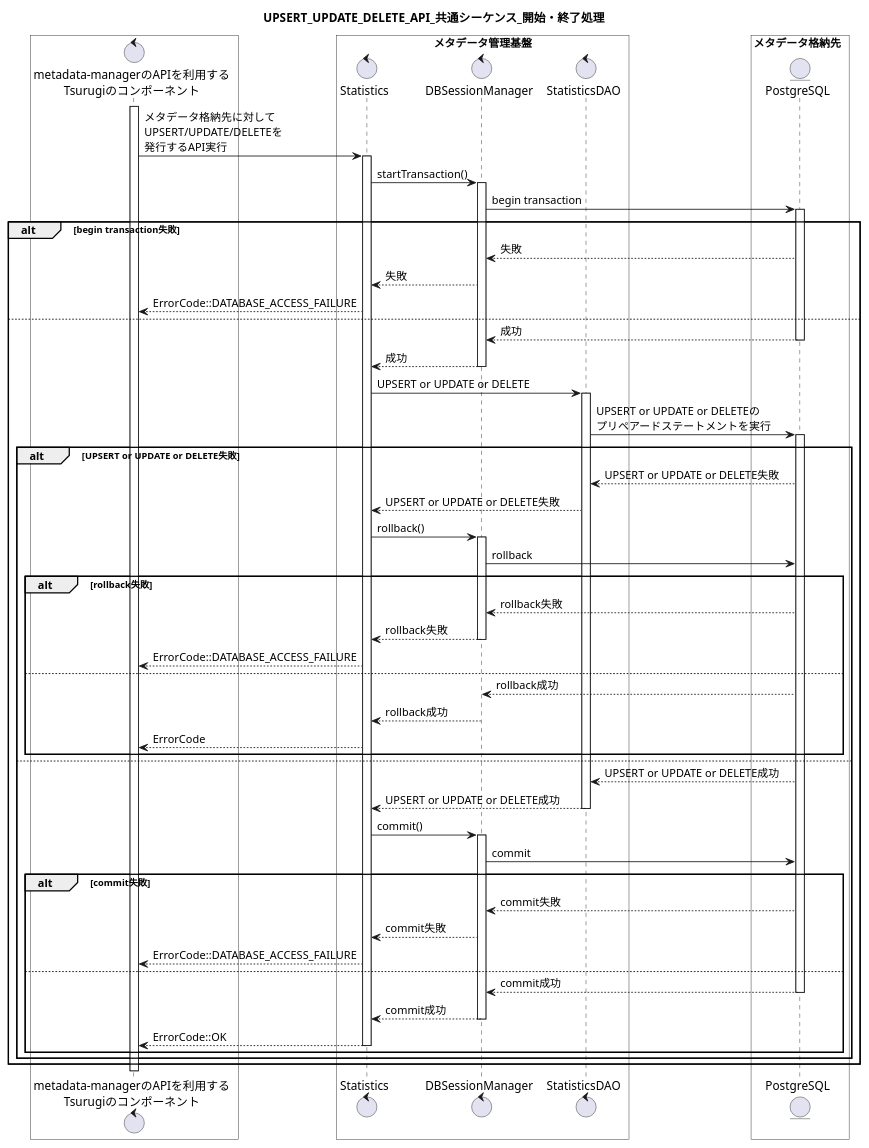
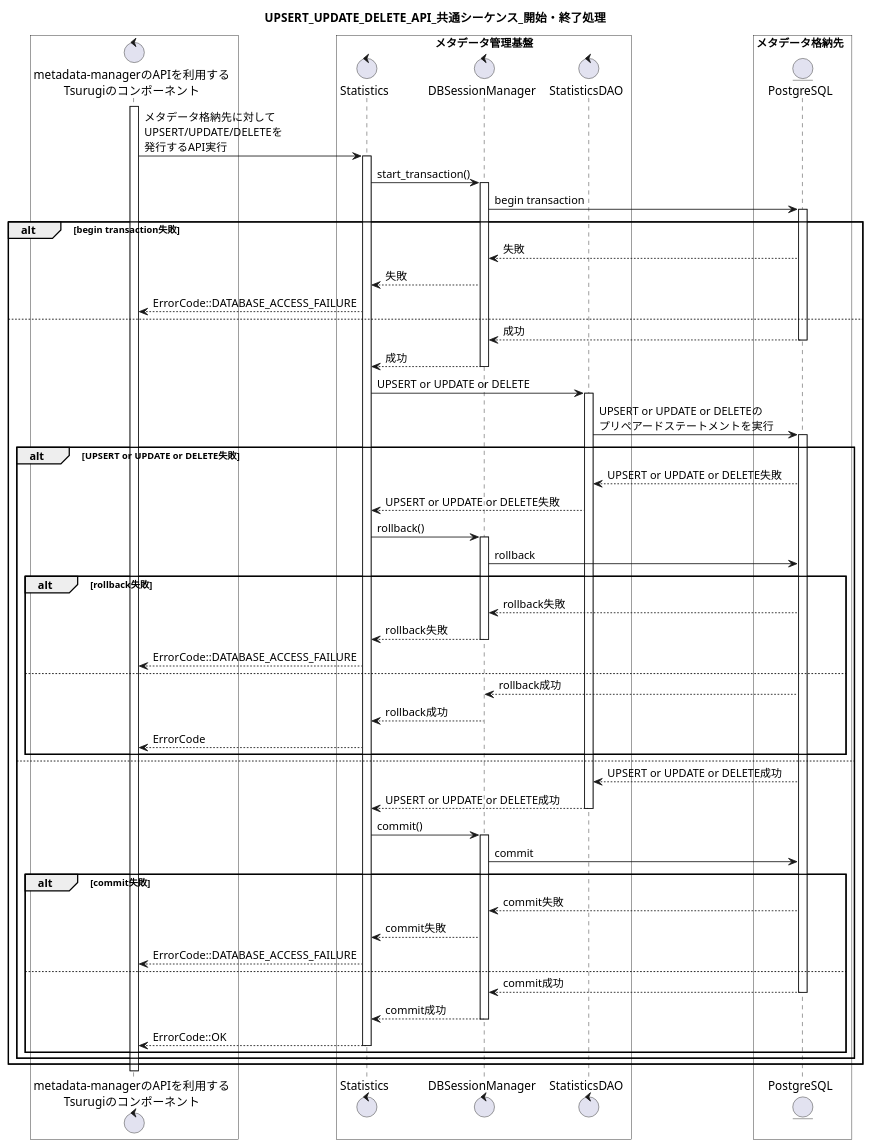
One commit to project-tsurugi/metadata-manager changed the third of 12 diagrams in metadata-manager/docs/statistic/02.FD/uml/SequenceDiagram_detail.pu. Above: the diagram before and after it, drawn with PlantUML. The commit also changed other lines of this file and 22 other files, not shown here.

```diff
--- a/metadata-manager/docs/statistic/02.FD/uml/SequenceDiagram_detail.pu
+++ b/metadata-manager/docs/statistic/02.FD/uml/SequenceDiagram_detail.pu
@@ -113,75 +113,75 @@
 @startuml
 title UPSERT_UPDATE_DELETE_API_共通シーケンス_開始・終了処理
 
 box #White
 control "metadata-managerのAPIを利用する\nTsurugiのコンポーネント" as ogawayama
 end box
 box "メタデータ管理基盤" #White
 control "Statistics" as Statistics
 control "DBSessionManager" as DBSessionManager
 control "StatisticsDAO" as StatisticsDAO
 end box
 box メタデータ格納先  #White
 entity "PostgreSQL" as metadata_storage
 end box
 
 activate ogawayama
 ogawayama -> Statistics : メタデータ格納先に対して\nUPSERT/UPDATE/DELETEを\n発行するAPI実行
 activate Statistics
-Statistics -> DBSessionManager : startTransaction()
+Statistics -> DBSessionManager : start_transaction()
 activate DBSessionManager
 DBSessionManager -> metadata_storage : begin transaction
 activate metadata_storage
 alt begin transaction失敗
 DBSessionManager <-- metadata_storage : 失敗
 Statistics <-- DBSessionManager : 失敗
 ogawayama <-- Statistics : ErrorCode::DATABASE_ACCESS_FAILURE
 else
 DBSessionManager <-- metadata_storage : 成功
 deactivate metadata_storage
 Statistics <-- DBSessionManager : 成功
 deactivate DBSessionManager
 Statistics -> StatisticsDAO : UPSERT or UPDATE or DELETE
 activate StatisticsDAO
 StatisticsDAO -> metadata_storage : UPSERT or UPDATE or DELETEの\nプリペアードステートメントを実行
 
 alt UPSERT or UPDATE or DELETE失敗
 activate metadata_storage
 StatisticsDAO <-- metadata_storage : UPSERT or UPDATE or DELETE失敗
 Statistics <-- StatisticsDAO : UPSERT or UPDATE or DELETE失敗
 Statistics -> DBSessionManager : rollback()
 activate DBSessionManager
 DBSessionManager -> metadata_storage : rollback
 alt rollback失敗
 DBSessionManager <-- metadata_storage : rollback失敗
 Statistics <-- DBSessionManager : rollback失敗
 deactivate DBSessionManager
 ogawayama <-- Statistics : ErrorCode::DATABASE_ACCESS_FAILURE
 else
 DBSessionManager <-- metadata_storage : rollback成功
 Statistics <-- DBSessionManager : rollback成功
 deactivate DBSessionManager
 ogawayama <-- Statistics : ErrorCode
 end
 else
 StatisticsDAO <-- metadata_storage : UPSERT or UPDATE or DELETE成功
 Statistics <-- StatisticsDAO : UPSERT or UPDATE or DELETE成功
 deactivate StatisticsDAO
 Statistics -> DBSessionManager : commit()
 activate DBSessionManager
 DBSessionManager -> metadata_storage : commit
 alt commit失敗
 DBSessionManager <-- metadata_storage : commit失敗
 Statistics <-- DBSessionManager : commit失敗
 ogawayama <-- Statistics : ErrorCode::DATABASE_ACCESS_FAILURE
 else
 DBSessionManager <-- metadata_storage : commit成功
 deactivate metadata_storage
 Statistics <-- DBSessionManager : commit成功
 deactivate DBSessionManager
 ogawayama <-- Statistics : ErrorCode::OK
 deactivate Statistics
 end
 end
 end
 @enduml
```
